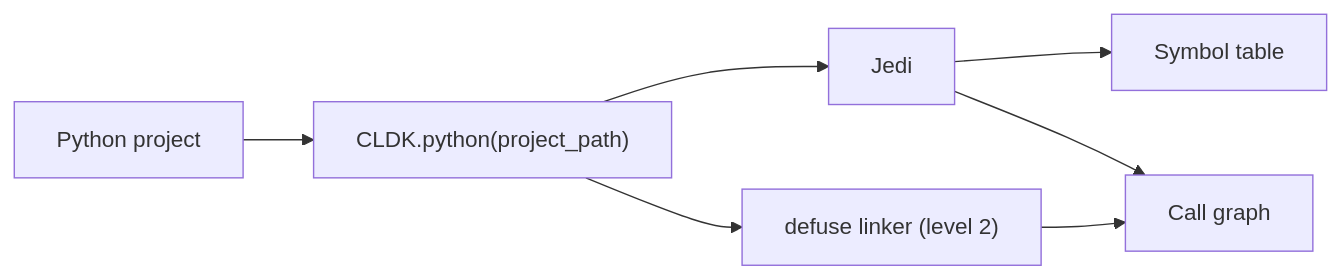
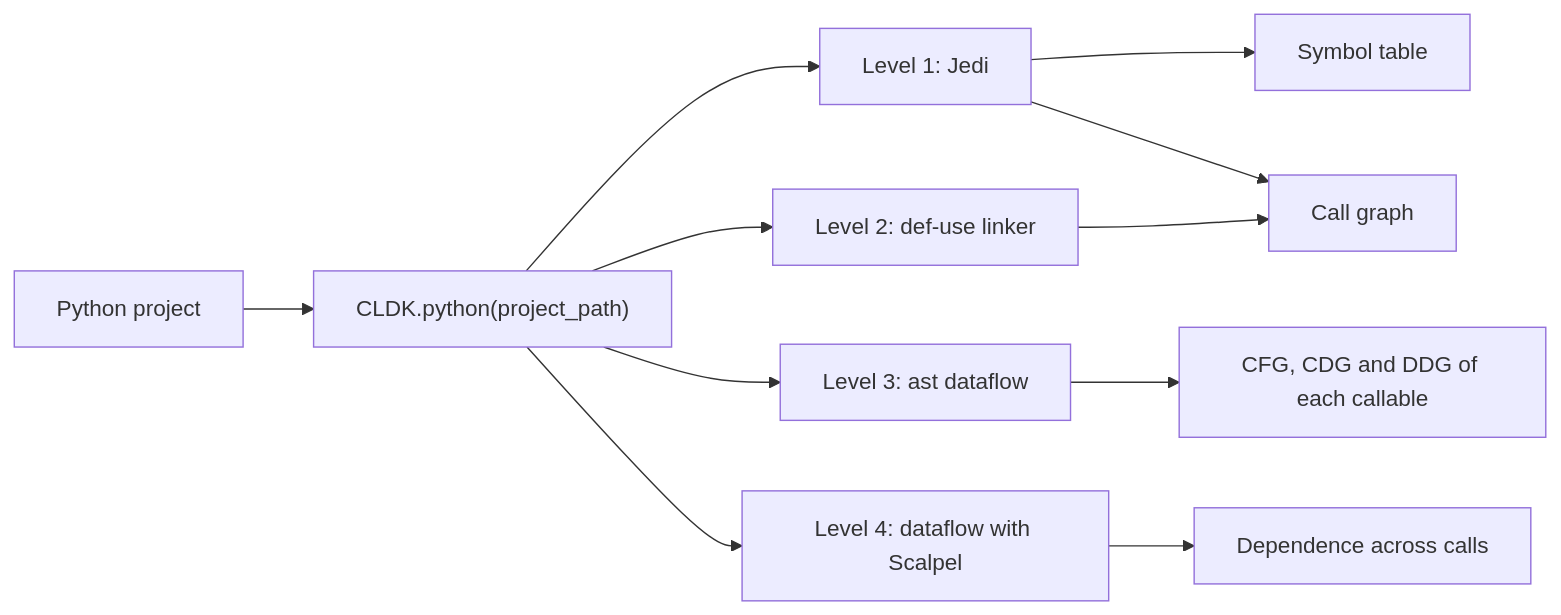
Before and after one commit to codellm-devkit/docs: the diagram in src/content/docs/reference/python-api/python.md, drawn with Mermaid. The commit also changed other lines of this file and 6 other files, not shown here.

````diff
--- a/src/content/docs/reference/python-api/python.md
+++ b/src/content/docs/reference/python-api/python.md
@@ -19,9 +93,13 @@
 ```mermaid
 flowchart LR
     P[Python project] --> A["CLDK.python(project_path)"]
-    A --> J[Jedi]
-    A --> Q["defuse linker (level 2)"]
-    J --> S[Symbol table]
-    J --> CG[Call graph]
-    Q --> CG
+    A --> L1["Level 1: Jedi"]
+    A --> L2["Level 2: def-use linker"]
+    A --> L3["Level 3: ast dataflow"]
+    A --> L4["Level 4: dataflow with Scalpel"]
+    L1 --> ST[Symbol table]
+    L1 --> CG[Call graph]
+    L2 --> CG
+    L3 --> PDG["CFG, CDG and DDG of each callable"]
+    L4 --> SDG["Dependence across calls"]
 ```
````
